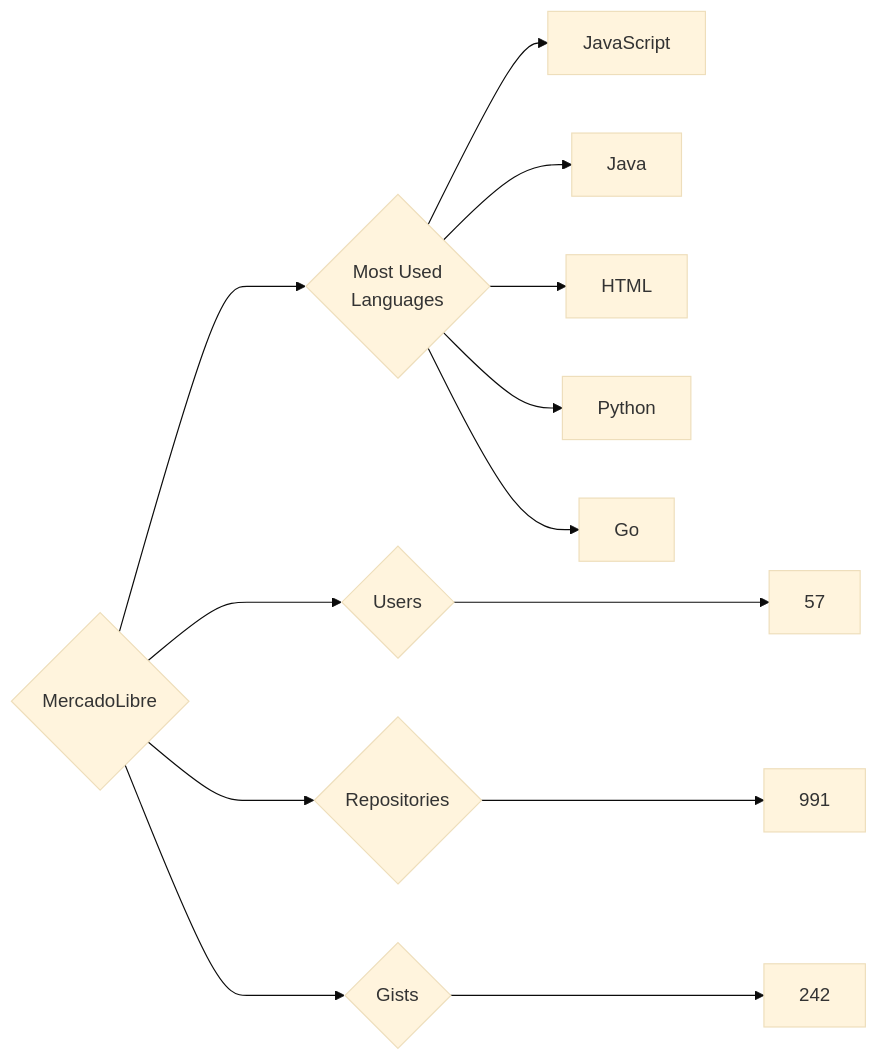
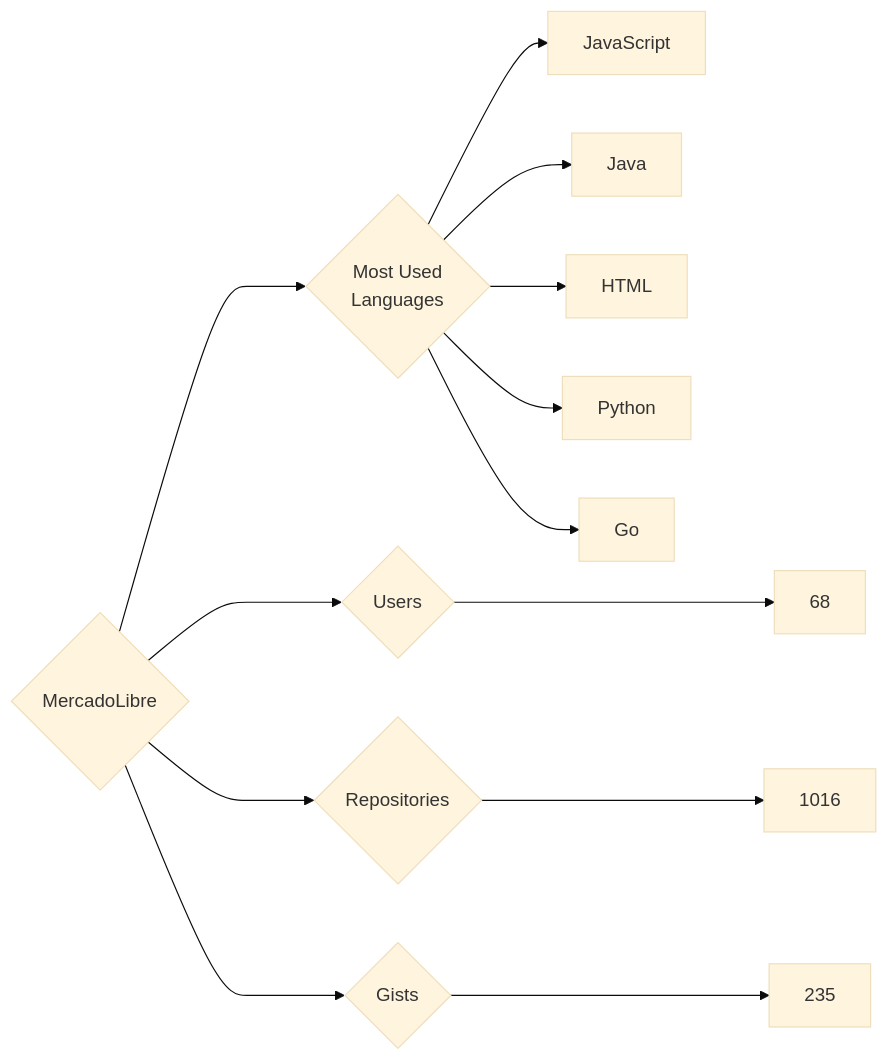
One commit to trickest/insiders changed the diagram in targets/MercadoLibre/README.md. Above: the diagram before and after it, drawn with Mermaid (base theme). The commit also changed 886 other files, not shown here.

````diff
--- a/targets/MercadoLibre/README.md
+++ b/targets/MercadoLibre/README.md
@@ -3,13 +3,13 @@
 ```mermaid
 graph LR
 COMPANY_NAME{MercadoLibre}
-COMPANY_NAME ---> U{Users} ---> UN[57]
-COMPANY_NAME ---> R{Repositories} ---> RN[991]
-COMPANY_NAME ---> G{Gists} ---> GN[242]
+COMPANY_NAME ---> U{Users} ---> UN[68]
+COMPANY_NAME ---> R{Repositories} ---> RN[1016]
+COMPANY_NAME ---> G{Gists} ---> GN[235]
 COMPANY_NAME ---> ML{Most Used<br>Languages}
 ML --> JavaScript[JavaScript]
 ML --> Java[Java]
 ML --> HTML[HTML]
 ML --> Python[Python]
 ML --> Go[Go]
 ```
````
